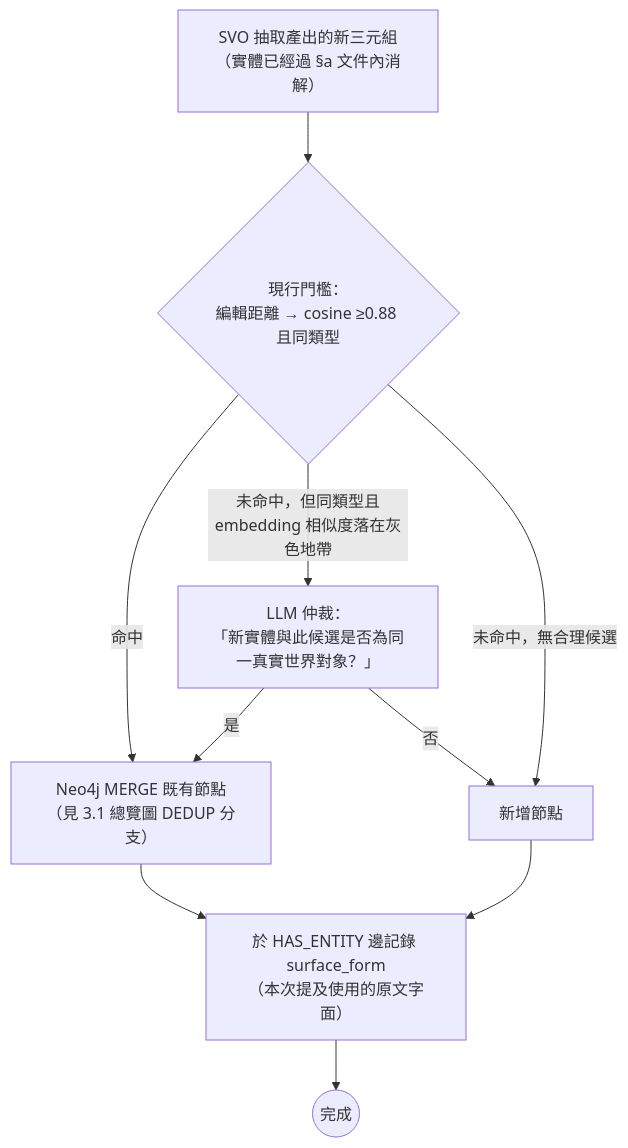
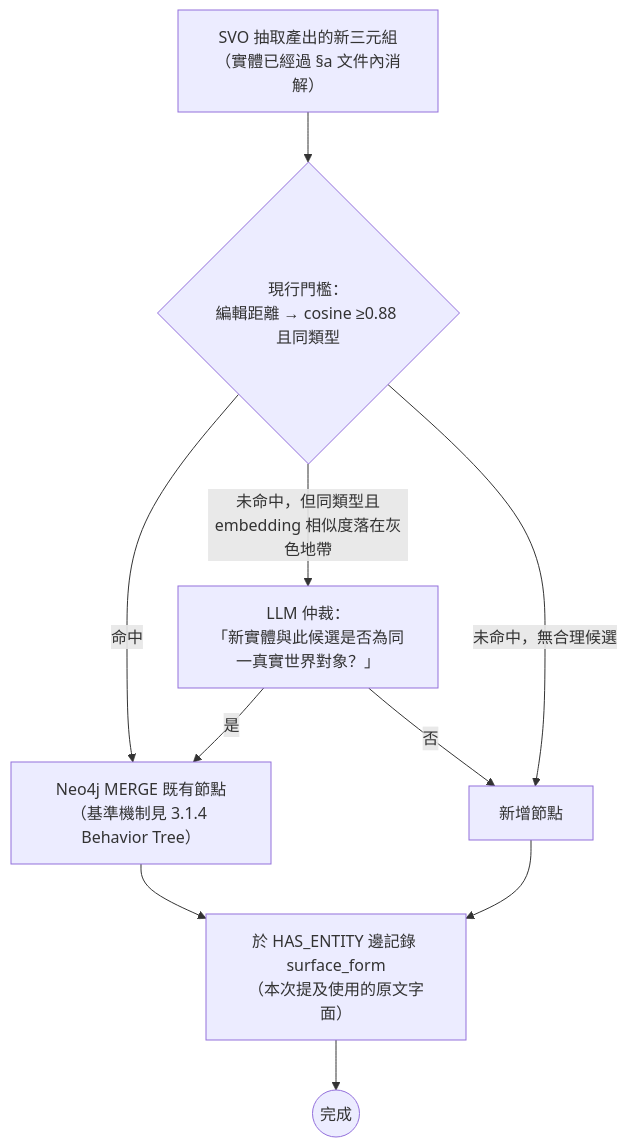
The tenth of 12 diagrams in docs/論文/03_系統設計與方法論.md (Chester930/world-knowledge-graph-rag), drawn with Mermaid before and after one commit. The commit also changed other lines of this file and 1 other file, not shown here.

````diff
--- a/docs/論文/03_系統設計與方法論.md
+++ b/docs/論文/03_系統設計與方法論.md
@@ -326,12 +349,12 @@
 ```mermaid
 flowchart TD
     NEWTRIPLE["SVO 抽取產出的新三元組<br/>（實體已經過 §a 文件內消解）"] --> DEDUP3{"現行門檻：<br/>編輯距離 → cosine ≥0.88 且同類型"}
-    DEDUP3 -->|命中| MERGE2["Neo4j MERGE 既有節點<br/>（見 3.1 總覽圖 DEDUP 分支）"]
+    DEDUP3 -->|命中| MERGE2["Neo4j MERGE 既有節點<br/>（基準機制見 3.1.4 Behavior Tree）"]
     DEDUP3 -->|"未命中，但同類型且<br/>embedding 相似度落在灰色地帶"| ESCALATE["LLM 仲裁：<br/>「新實體與此候選是否為同一真實世界對象？」"]
     DEDUP3 -->|"未命中，無合理候選"| CREATE2["新增節點"]
     ESCALATE -->|是| MERGE2
     ESCALATE -->|否| CREATE2
     MERGE2 --> RECORD3B["於 HAS_ENTITY 邊記錄 surface_form<br/>（本次提及使用的原文字面）"]
     CREATE2 --> RECORD3B
     RECORD3B --> DONE2(("完成"))
 ```
````
